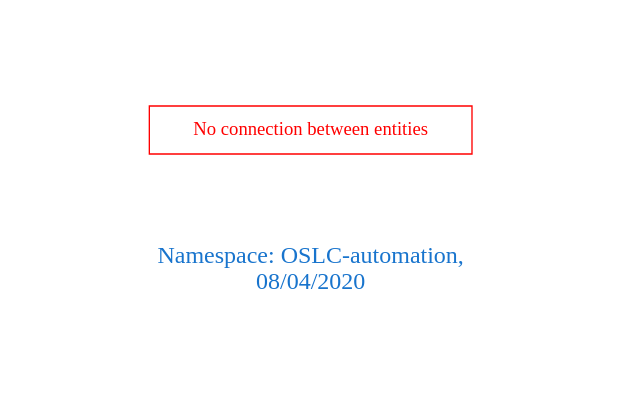
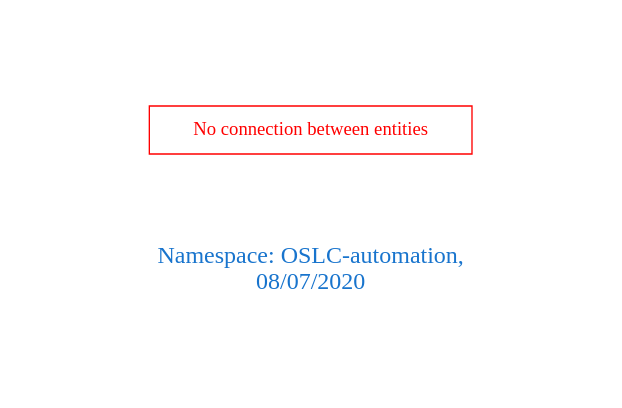
One commit to arago/OGIT changed the diagram in downloads/OSLC-automation.dot. Above: the diagram before and after it, drawn with Graphviz. The commit also changed 1770 other files, not shown here.

```diff
--- a/downloads/OSLC-automation.dot
+++ b/downloads/OSLC-automation.dot
@@ -1,9 +1,9 @@
 digraph OGIT_ontology {
  graph [ rankdir= LR,pad=1 
 fontsize = 18,
-fontcolor= dodgerblue3,label = "\n\n\nNamespace: OSLC-automation, \n 08/04/2020"];
+fontcolor= dodgerblue3,label = "\n\n\nNamespace: OSLC-automation, \n 08/07/2020"];
 node[shape=polygon];
 edge [  color="gray81"];
 
 "No connection between entities" [fontcolor = "red",color="red", shape="polygon"]
 }
```
